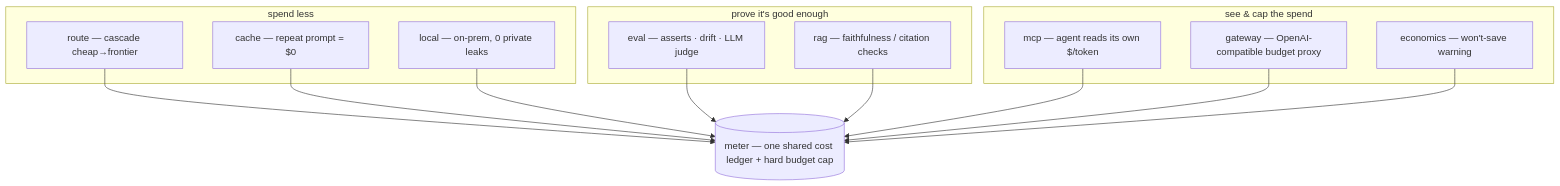
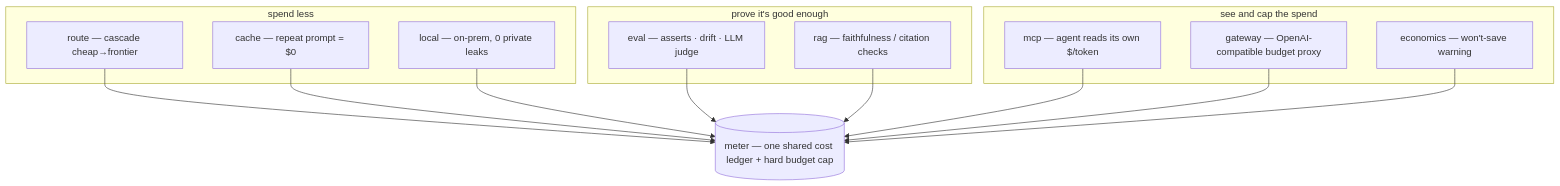
Before and after one commit to SRKRZ23/frugal: the first of 2 diagrams in README.md, drawn with Mermaid.

Commit message:
README: simplify mermaid subgraph label for safe GitHub render

````diff
--- a/README.md
+++ b/README.md
@@ -49,26 +49,26 @@
 ```mermaid
 flowchart TB
     subgraph savers["spend less"]
       R["route — cascade cheap→frontier"]
       C["cache — repeat prompt = $0"]
       L["local — on-prem, 0 private leaks"]
     end
     subgraph verify["prove it's good enough"]
       E["eval — asserts · drift · LLM judge"]
       G["rag — faithfulness / citation checks"]
     end
-    subgraph observe["see &amp; cap the spend"]
+    subgraph observe["see and cap the spend"]
       MC["mcp — agent reads its own $/token"]
       GW["gateway — OpenAI-compatible budget proxy"]
       EC["economics — won't-save warning"]
     end
     M[("meter — one shared cost ledger + hard budget cap")]
     R --> M
     C --> M
     L --> M
     E --> M
     G --> M
     MC --> M
     GW --> M
     EC --> M
 ```
````
